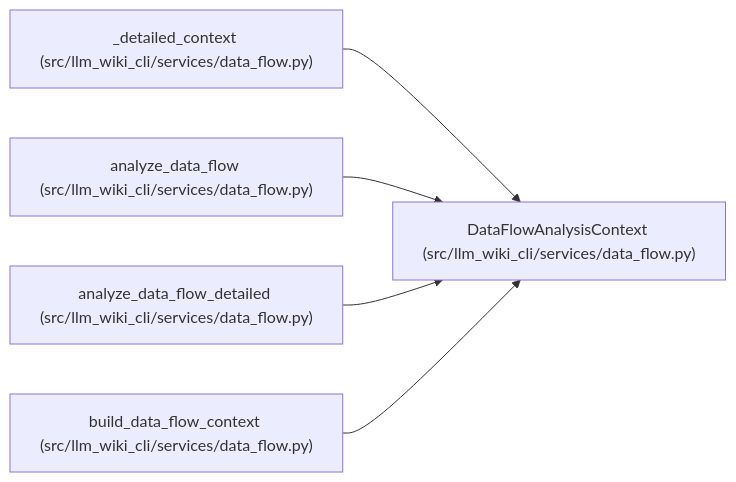
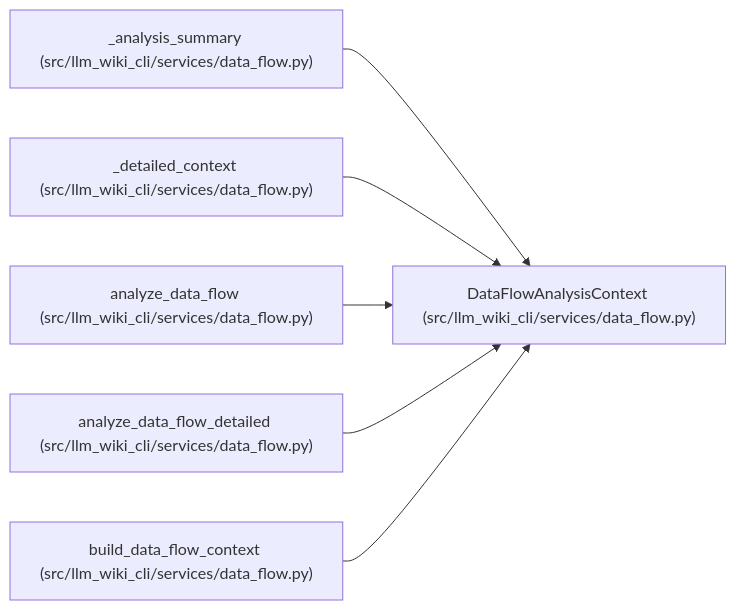
One commit to Denissvgn/python-wiki-llm changed the diagram in docs/llm_wiki/entities/DataFlowAnalysisContext.md. Above: the diagram before and after it, drawn with Mermaid. The commit also changed other lines of this file and 679 other files, not shown here.

Commit message:
docs: refresh flow pages with source analysis coverage

````diff
--- a/docs/llm_wiki/entities/DataFlowAnalysisContext.md
+++ b/docs/llm_wiki/entities/DataFlowAnalysisContext.md
@@ -29,17 +29,20 @@
 ```mermaid
 flowchart LR
     n0["DataFlowAnalysisContext (src/llm_wiki_cli/services/data_flow.py)"]
-    n1["_detailed_context (src/llm_wiki_cli/services/data_flow.py)"]
-    n2["analyze_data_flow (src/llm_wiki_cli/services/data_flow.py)"]
-    n3["analyze_data_flow_detailed (src/llm_wiki_cli/services/data_flow.py)"]
-    n4["build_data_flow_context (src/llm_wiki_cli/services/data_flow.py)"]
+    n1["_analysis_summary (src/llm_wiki_cli/services/data_flow.py)"]
+    n2["_detailed_context (src/llm_wiki_cli/services/data_flow.py)"]
+    n3["analyze_data_flow (src/llm_wiki_cli/services/data_flow.py)"]
+    n4["analyze_data_flow_detailed (src/llm_wiki_cli/services/data_flow.py)"]
+    n5["build_data_flow_context (src/llm_wiki_cli/services/data_flow.py)"]
     n1 --> n0
     n2 --> n0
     n3 --> n0
     n4 --> n0
+    n5 --> n0
     click n0 "../modules/data_flow.md"
     click n1 "../modules/data_flow.md"
     click n2 "../modules/data_flow.md"
     click n3 "../modules/data_flow.md"
     click n4 "../modules/data_flow.md"
+    click n5 "../modules/data_flow.md"
 ```
````
